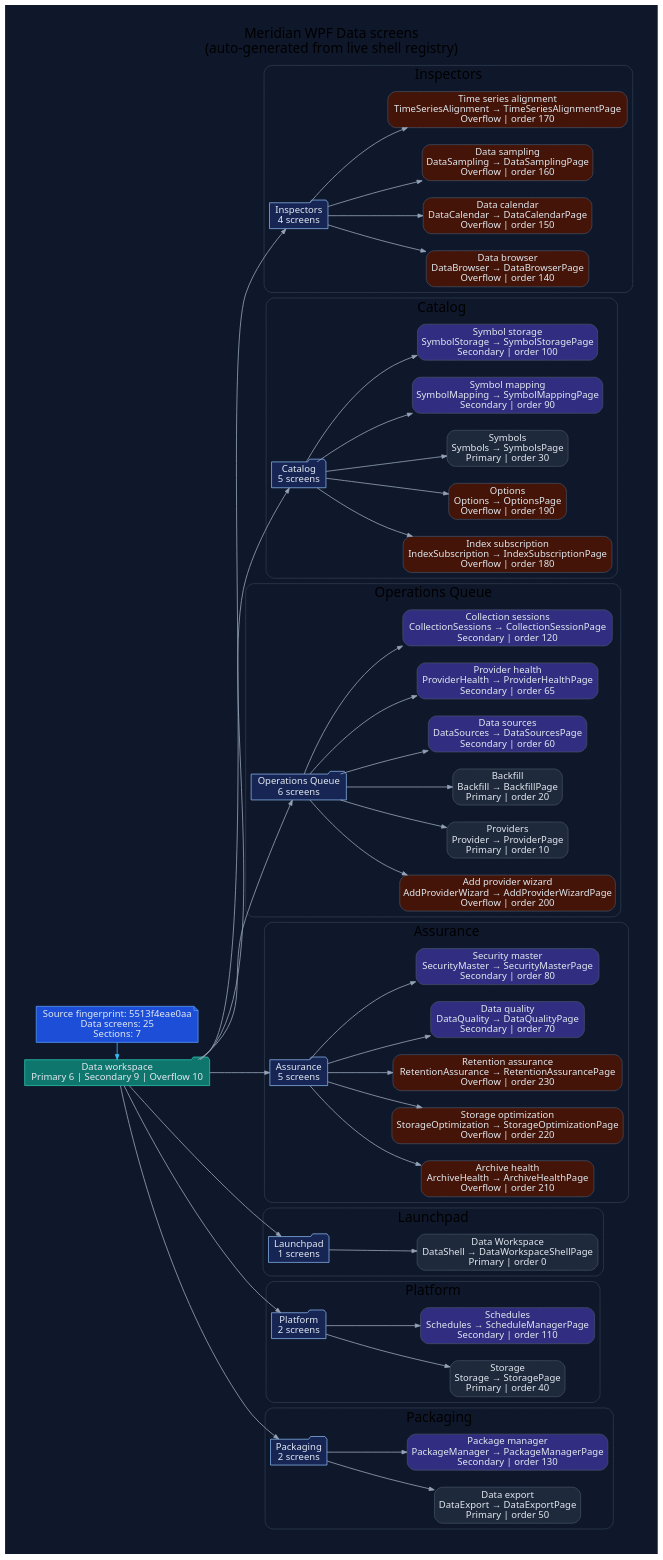
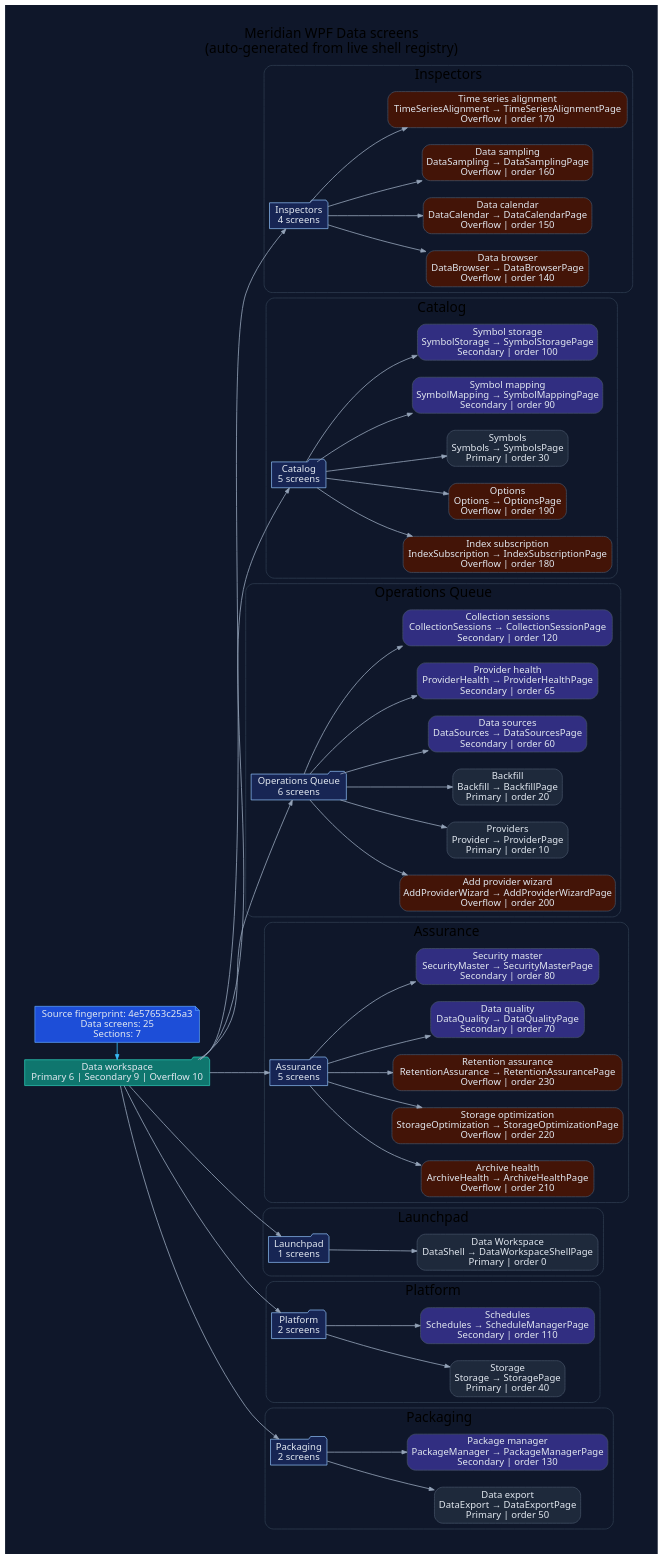
Before and after one commit to rodoHasArrived/Meridian-main: the diagram in docs/diagrams/ui-wpf-screens-data.dot, drawn with Graphviz. The commit also changed 107 other files, not shown here.

First line of the commit message:
docs(generated): refresh references, diagrams and coverage after merging the base

```diff
--- a/docs/diagrams/ui-wpf-screens-data.dot
+++ b/docs/diagrams/ui-wpf-screens-data.dot
@@ -1,132 +1,132 @@
 // -----------------------------------------------------------------------------
 // <auto-generated>
 // Generated by scripts/generate-diagrams.mjs.
 // Do not edit this file directly; update the WPF source files instead.
 // -----------------------------------------------------------------------------
 digraph WpfDataScreens {
   graph [
     rankdir=LR,
     labelloc=t,
     label="Meridian WPF Data screens\n(auto-generated from live shell registry)",
     fontname="Segoe UI",
     fontsize=20,
     pad=0.4,
     nodesep=0.35,
     ranksep=0.85,
     bgcolor="#0f172a"
   ];
   node [fontname="Segoe UI", shape=box, style="rounded,filled", color="#475569", fontcolor="#e2e8f0", fillcolor="#1e293b"];
   edge [fontname="Segoe UI", color="#94a3b8", penwidth=1.2, arrowsize=0.75];
 
-  generated [shape=note, fillcolor="#1d4ed8", color="#60a5fa", label="Source fingerprint: 5513f4eae0aa\nData screens: 25\nSections: 7"];
+  generated [shape=note, fillcolor="#1d4ed8", color="#60a5fa", label="Source fingerprint: 4e57653c25a3\nData screens: 25\nSections: 7"];
   workspace [shape=folder, fillcolor="#0f766e", color="#2dd4bf", label="Data workspace\nPrimary 6 | Secondary 9 | Overflow 10"];
   generated -> workspace [color="#38bdf8"];
 
   subgraph cluster_section_1 {
     label="Inspectors";
     color="#334155";
     style="rounded";
     section_1 [shape=folder, fillcolor="#172554", color="#93c5fd", label="Inspectors\n4 screens"];
     workspace -> section_1;
     screen_DataBrowser [fillcolor="#431407", label="Data browser\nDataBrowser → DataBrowserPage\nOverflow | order 140"];
     section_1 -> screen_DataBrowser;
     screen_DataCalendar [fillcolor="#431407", label="Data calendar\nDataCalendar → DataCalendarPage\nOverflow | order 150"];
     section_1 -> screen_DataCalendar;
     screen_DataSampling [fillcolor="#431407", label="Data sampling\nDataSampling → DataSamplingPage\nOverflow | order 160"];
     section_1 -> screen_DataSampling;
     screen_TimeSeriesAlignment [fillcolor="#431407", label="Time series alignment\nTimeSeriesAlignment → TimeSeriesAlignmentPage\nOverflow | order 170"];
     section_1 -> screen_TimeSeriesAlignment;
   }
 
   subgraph cluster_section_2 {
     label="Catalog";
     color="#334155";
     style="rounded";
     section_2 [shape=folder, fillcolor="#172554", color="#93c5fd", label="Catalog\n5 screens"];
     workspace -> section_2;
     screen_IndexSubscription [fillcolor="#431407", label="Index subscription\nIndexSubscription → IndexSubscriptionPage\nOverflow | order 180"];
     section_2 -> screen_IndexSubscription;
     screen_Options [fillcolor="#431407", label="Options\nOptions → OptionsPage\nOverflow | order 190"];
     section_2 -> screen_Options;
     screen_Symbols [fillcolor="#1e293b", label="Symbols\nSymbols → SymbolsPage\nPrimary | order 30"];
     section_2 -> screen_Symbols;
     screen_SymbolMapping [fillcolor="#312e81", label="Symbol mapping\nSymbolMapping → SymbolMappingPage\nSecondary | order 90"];
     section_2 -> screen_SymbolMapping;
     screen_SymbolStorage [fillcolor="#312e81", label="Symbol storage\nSymbolStorage → SymbolStoragePage\nSecondary | order 100"];
     section_2 -> screen_SymbolStorage;
   }
 
   subgraph cluster_section_3 {
     label="Operations Queue";
     color="#334155";
     style="rounded";
     section_3 [shape=folder, fillcolor="#172554", color="#93c5fd", label="Operations Queue\n6 screens"];
     workspace -> section_3;
     screen_AddProviderWizard [fillcolor="#431407", label="Add provider wizard\nAddProviderWizard → AddProviderWizardPage\nOverflow | order 200"];
     section_3 -> screen_AddProviderWizard;
     screen_Provider [fillcolor="#1e293b", label="Providers\nProvider → ProviderPage\nPrimary | order 10"];
     section_3 -> screen_Provider;
     screen_Backfill [fillcolor="#1e293b", label="Backfill\nBackfill → BackfillPage\nPrimary | order 20"];
     section_3 -> screen_Backfill;
     screen_DataSources [fillcolor="#312e81", label="Data sources\nDataSources → DataSourcesPage\nSecondary | order 60"];
     section_3 -> screen_DataSources;
     screen_ProviderHealth [fillcolor="#312e81", label="Provider health\nProviderHealth → ProviderHealthPage\nSecondary | order 65"];
     section_3 -> screen_ProviderHealth;
     screen_CollectionSessions [fillcolor="#312e81", label="Collection sessions\nCollectionSessions → CollectionSessionPage\nSecondary | order 120"];
     section_3 -> screen_CollectionSessions;
   }
 
   subgraph cluster_section_4 {
     label="Assurance";
     color="#334155";
     style="rounded";
     section_4 [shape=folder, fillcolor="#172554", color="#93c5fd", label="Assurance\n5 screens"];
     workspace -> section_4;
     screen_ArchiveHealth [fillcolor="#431407", label="Archive health\nArchiveHealth → ArchiveHealthPage\nOverflow | order 210"];
     section_4 -> screen_ArchiveHealth;
     screen_StorageOptimization [fillcolor="#431407", label="Storage optimization\nStorageOptimization → StorageOptimizationPage\nOverflow | order 220"];
     section_4 -> screen_StorageOptimization;
     screen_RetentionAssurance [fillcolor="#431407", label="Retention assurance\nRetentionAssurance → RetentionAssurancePage\nOverflow | order 230"];
     section_4 -> screen_RetentionAssurance;
     screen_DataQuality [fillcolor="#312e81", label="Data quality\nDataQuality → DataQualityPage\nSecondary | order 70"];
     section_4 -> screen_DataQuality;
     screen_SecurityMaster [fillcolor="#312e81", label="Security master\nSecurityMaster → SecurityMasterPage\nSecondary | order 80"];
     section_4 -> screen_SecurityMaster;
   }
 
   subgraph cluster_section_5 {
     label="Launchpad";
     color="#334155";
     style="rounded";
     section_5 [shape=folder, fillcolor="#172554", color="#93c5fd", label="Launchpad\n1 screens"];
     workspace -> section_5;
     screen_DataShell [fillcolor="#1e293b", label="Data Workspace\nDataShell → DataWorkspaceShellPage\nPrimary | order 0"];
     section_5 -> screen_DataShell;
   }
 
   subgraph cluster_section_6 {
     label="Platform";
     color="#334155";
     style="rounded";
     section_6 [shape=folder, fillcolor="#172554", color="#93c5fd", label="Platform\n2 screens"];
     workspace -> section_6;
     screen_Storage [fillcolor="#1e293b", label="Storage\nStorage → StoragePage\nPrimary | order 40"];
     section_6 -> screen_Storage;
     screen_Schedules [fillcolor="#312e81", label="Schedules\nSchedules → ScheduleManagerPage\nSecondary | order 110"];
     section_6 -> screen_Schedules;
   }
 
   subgraph cluster_section_7 {
     label="Packaging";
     color="#334155";
     style="rounded";
     section_7 [shape=folder, fillcolor="#172554", color="#93c5fd", label="Packaging\n2 screens"];
     workspace -> section_7;
     screen_DataExport [fillcolor="#1e293b", label="Data export\nDataExport → DataExportPage\nPrimary | order 50"];
     section_7 -> screen_DataExport;
     screen_PackageManager [fillcolor="#312e81", label="Package manager\nPackageManager → PackageManagerPage\nSecondary | order 130"];
     section_7 -> screen_PackageManager;
   }
 
   { rank=min; generated; workspace; }
 }
```
